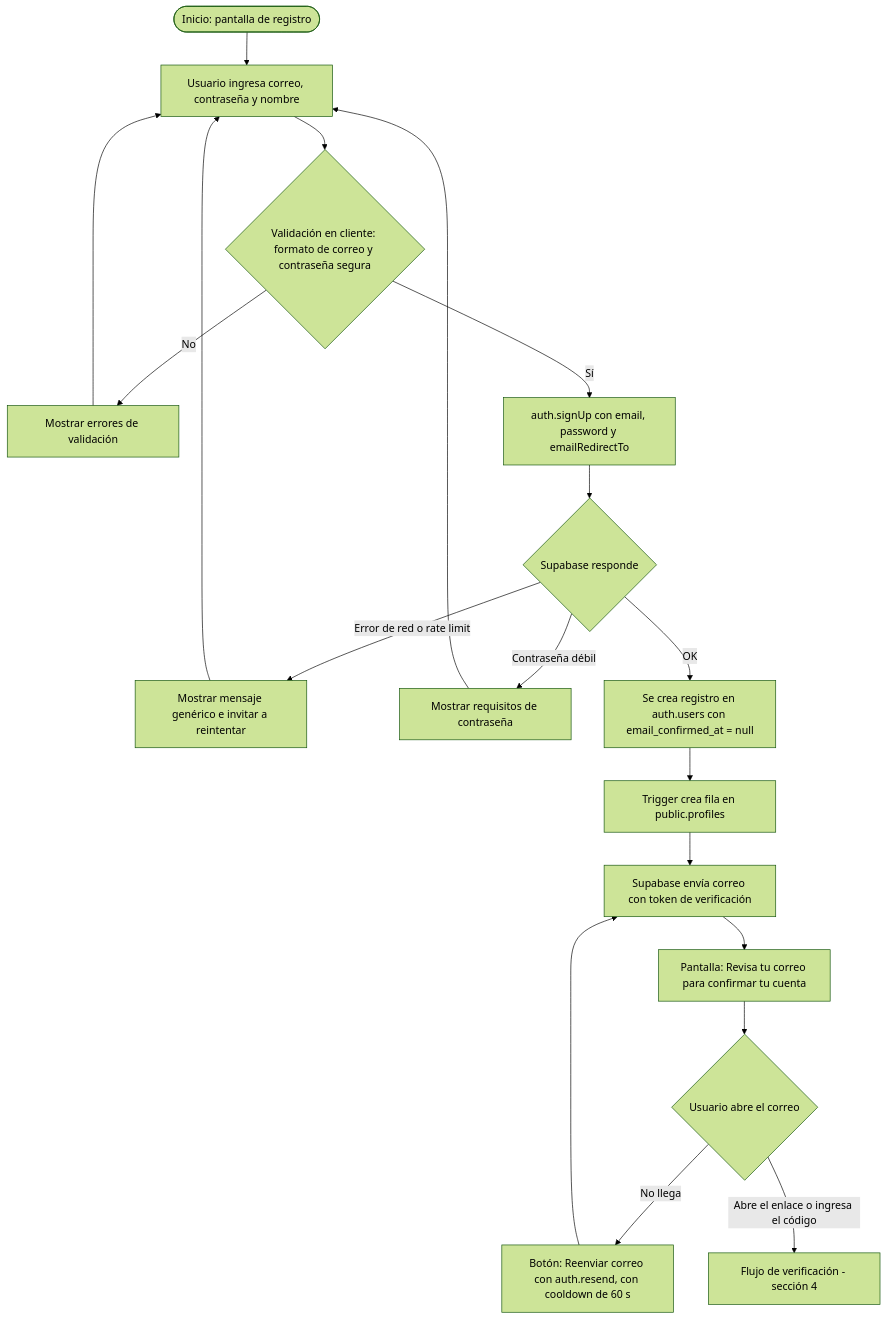
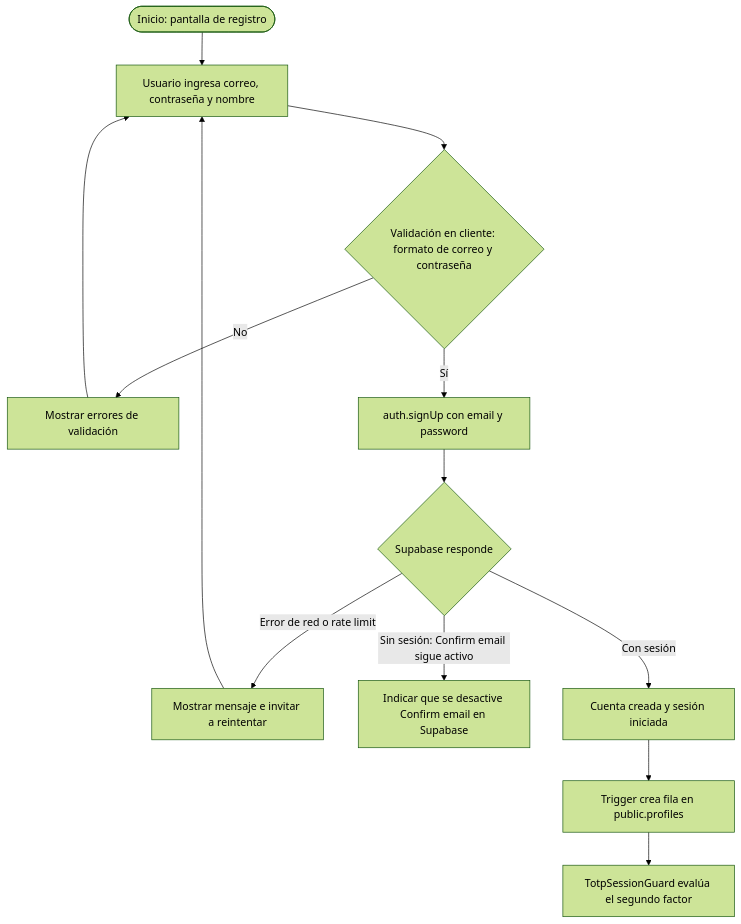
Before and after one commit to Trebol4Devop/Comunidad_USAC: the second of 8 diagrams in auth-supabase-login-signup.md, drawn with Mermaid (forest theme). The commit also changed other lines of this file and 29 other files, not shown here.

````diff
--- a/auth-supabase-login-signup.md
+++ b/auth-supabase-login-signup.md
@@ -94,17 +93,13 @@
 ```mermaid
 flowchart TD
     A(["Inicio: pantalla de registro"]) --> B["Usuario ingresa correo, contraseña y nombre"]
-    B --> C{"Validación en cliente: formato de correo y contraseña segura"}
+    B --> C{"Validación en cliente: formato de correo y contraseña"}
     C -->|"No"| C1["Mostrar errores de validación"] --> B
-    C -->|"Sí"| D["auth.signUp con email, password y emailRedirectTo"]
+    C -->|"Sí"| D["auth.signUp con email y password"]
     D --> E{"Supabase responde"}
-    E -->|"Error de red o rate limit"| E1["Mostrar mensaje genérico e invitar a reintentar"] --> B
-    E -->|"Contraseña débil"| E2["Mostrar requisitos de contraseña"] --> B
-    E -->|"OK"| F["Se crea registro en auth.users con email_confirmed_at = null"]
+    E -->|"Error de red o rate limit"| E1["Mostrar mensaje e invitar a reintentar"] --> B
+    E -->|"Sin sesión: Confirm email sigue activo"| E2["Indicar que se desactive Confirm email en Supabase"]
+    E -->|"Con sesión"| F["Cuenta creada y sesión iniciada"]
     F --> G["Trigger crea fila en public.profiles"]
-    G --> H["Supabase envía correo con token de verificación"]
-    H --> I["Pantalla: Revisa tu correo para confirmar tu cuenta"]
-    I --> J{"Usuario abre el correo"}
-    J -->|"No llega"| K["Botón: Reenviar correo con auth.resend, con cooldown de 60 s"] --> H
-    J -->|"Abre el enlace o ingresa el código"| L["Flujo de verificación - sección 4"]
+    G --> H["TotpSessionGuard evalúa el segundo factor"]
 ```
````
